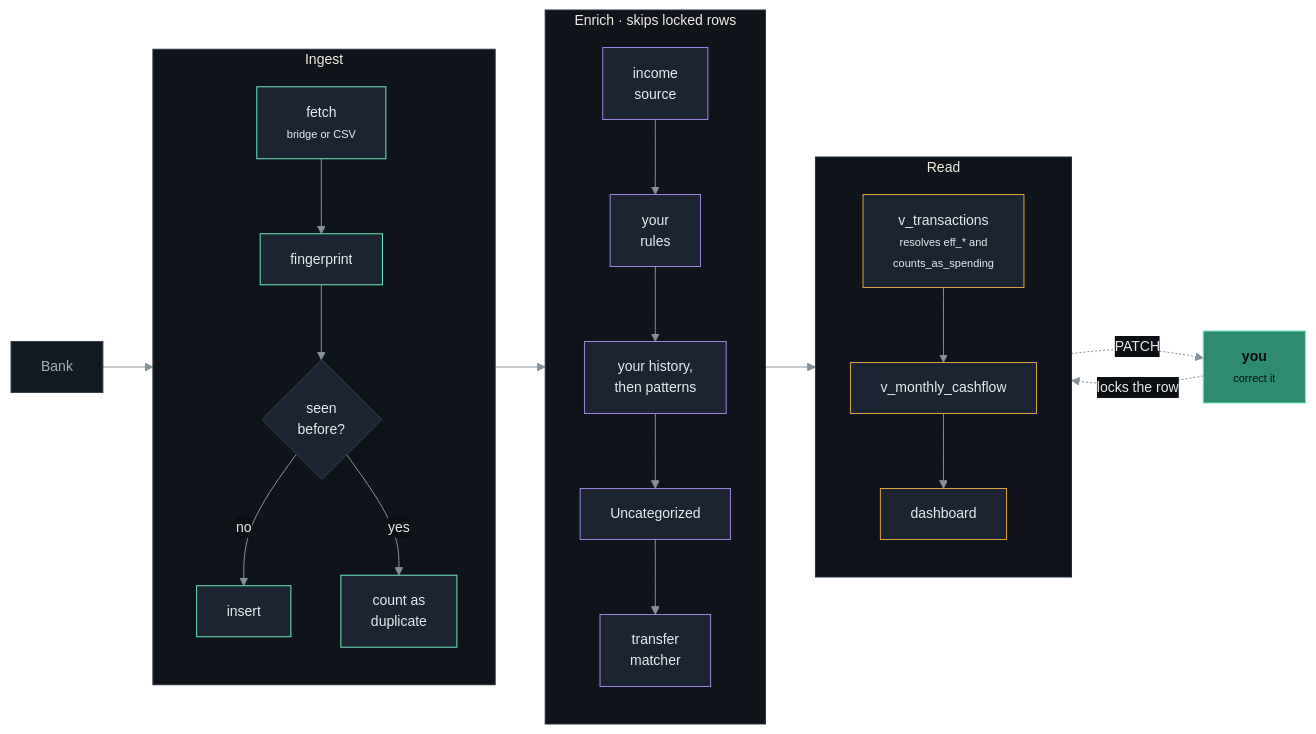
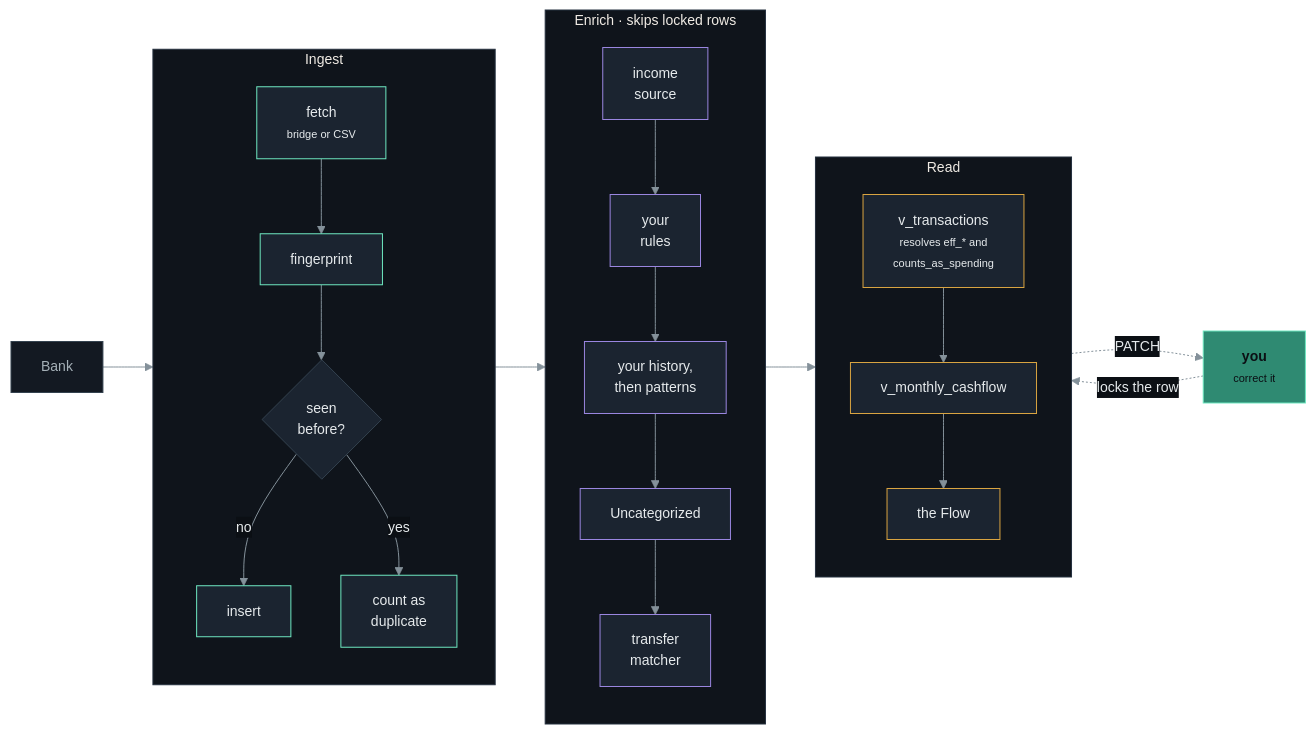
One commit to aryamanram/personal-finance-manager changed the first of 2 diagrams in docs/architecture/data-flow.md. Above: the diagram before and after it, drawn with Mermaid. The commit also changed other lines of this file and 14 other files, not shown here.

````diff
--- a/docs/architecture/data-flow.md
+++ b/docs/architecture/data-flow.md
@@ -8,57 +8,57 @@
 ```mermaid
 %%{init: {'theme':'base','themeVariables':{
   'background':'transparent',
   'primaryColor':'#1b2430','primaryTextColor':'#e6eaec','primaryBorderColor':'#34424f',
   'lineColor':'#84919a','secondaryColor':'#131922','tertiaryColor':'#0f141b',
   'clusterBkg':'#0f141b','clusterBorder':'#25303e',
   'edgeLabelBackground':'#0b0f14','fontSize':'14px'
 }}}%%
 flowchart LR
     bank["Bank"]
 
     subgraph in["Ingest"]
         direction TB
         fetch["fetch<br/><span style='font-size:11px'>bridge or CSV</span>"]
         fp["fingerprint"]
         dedup{"seen<br/>before?"}
         insert["insert"]
         skip["count as<br/>duplicate"]
     end
 
     subgraph enrich["Enrich · skips locked rows"]
         direction TB
         income["income<br/>source"]
         rule["your<br/>rules"]
         guess["your history,<br/>then patterns"]
         uncat["Uncategorized"]
         pair["transfer<br/>matcher"]
     end
 
     subgraph read["Read"]
         direction TB
         view["v_transactions<br/><span style='font-size:11px'>resolves eff_* and<br/>counts_as_spending</span>"]
         totals["v_monthly_cashflow"]
-        screen["dashboard"]
+        screen["the Flow"]
     end
 
     human["<b>you</b><br/><span style='font-size:11px'>correct it</span>"]
 
     bank --> fetch --> fp --> dedup
     dedup -->|no| insert
     dedup -->|yes| skip
     insert --> income --> rule --> guess --> uncat
     uncat --> pair --> view --> totals --> screen
     screen -.->|"PATCH"| human
     human -.->|"locks the row"| view
 
     classDef ing fill:#1b2430,stroke:#6ee7c0,color:#e6eaec
     classDef enr fill:#1b2430,stroke:#9a86e0,color:#e6eaec
     classDef rd fill:#1b2430,stroke:#d9a441,color:#e6eaec
     classDef ext fill:#131922,stroke:#34424f,color:#a5b0b7
     classDef hum fill:#2f8a72,stroke:#6ee7c0,color:#0b0f14
     class fetch,fp,insert,skip ing
     class income,rule,guess,uncat,pair enr
     class view,totals,screen rd
     class bank ext
     class human hum
 ```
````
